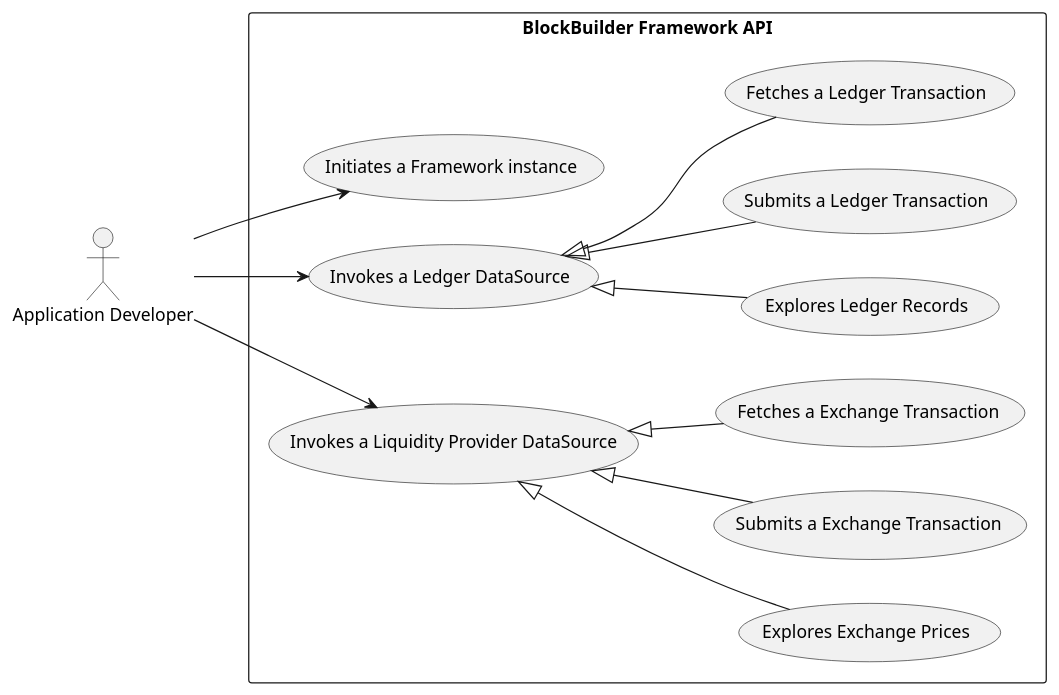
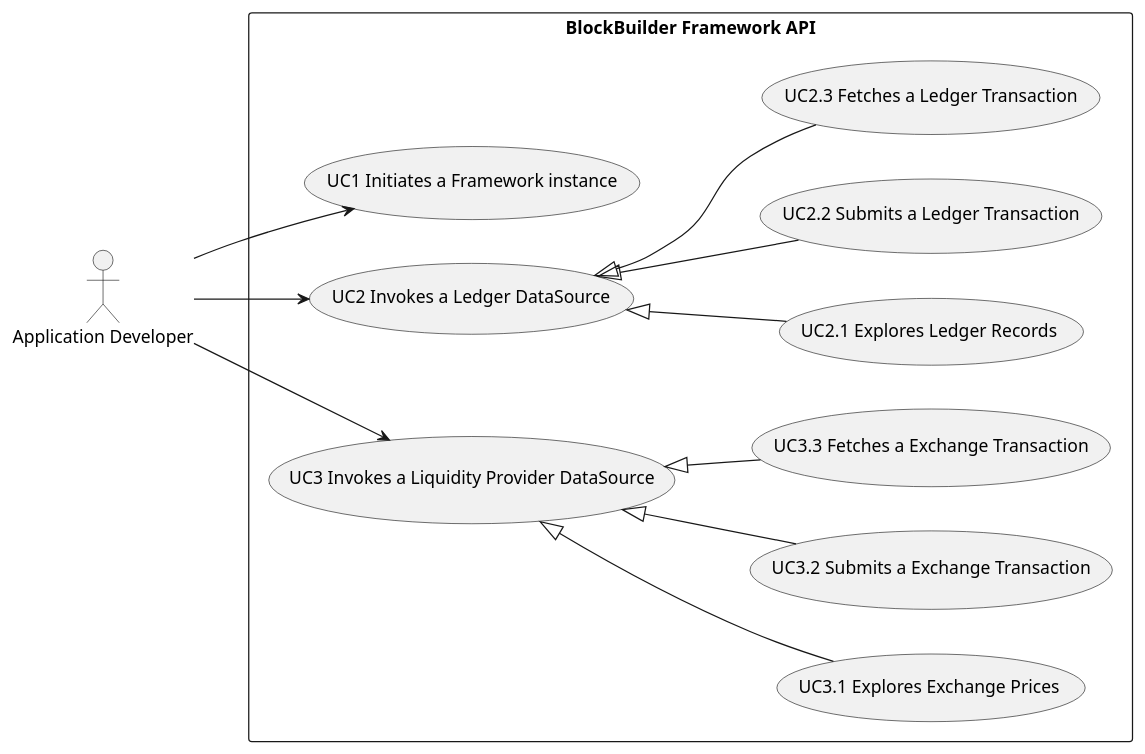
Before and after one commit to enricohomann/blockbuilder: the diagram in docs/draft/02 - Requirements/use-case-model/usecases.puml, drawn with PlantUML. The commit also changed 1 other file, not shown here.

```diff
--- a/docs/draft/02 - Requirements/use-case-model/usecases.puml
+++ b/docs/draft/02 - Requirements/use-case-model/usecases.puml
@@ -1,39 +1,39 @@
 @startuml
 'https://plantuml.com/use-case-diagram
 
 left to right direction
 
 actor "Application Developer" as actorUser
 
 rectangle "BlockBuilder Framework API" {
 ' UC1
-  usecase "Initiates a Framework instance" as UC1
+  usecase "UC1 Initiates a Framework instance" as UC1
 
 ' UC2
-  usecase "Invokes a Ledger DataSource" as UC2
-  usecase "Explores Ledger Records" as UC2.1
-  usecase "Submits a Ledger Transaction" as UC2.2
-  usecase "Fetches a Ledger Transaction" as UC2.3
+  usecase "UC2 Invokes a Ledger DataSource" as UC2
+  usecase "UC2.1 Explores Ledger Records" as UC2.1
+  usecase "UC2.2 Submits a Ledger Transaction" as UC2.2
+  usecase "UC2.3 Fetches a Ledger Transaction" as UC2.3
 
 'UC3
-  usecase "Invokes a Liquidity Provider DataSource" as UC3
-  usecase "Explores Exchange Prices" as UC3.1
-  usecase "Submits a Exchange Transaction" as UC3.2
-  usecase "Fetches a Exchange Transaction" as UC3.3
+  usecase "UC3 Invokes a Liquidity Provider DataSource" as UC3
+  usecase "UC3.1 Explores Exchange Prices" as UC3.1
+  usecase "UC3.2 Submits a Exchange Transaction" as UC3.2
+  usecase "UC3.3 Fetches a Exchange Transaction" as UC3.3
 
 ' UC2 extensions
   UC2 <|-- UC2.1
   UC2 <|-- UC2.2
   UC2 <|-- UC2.3
 
 ' UC3 extensions
   UC3 <|-- UC3.1
   UC3 <|-- UC3.2
   UC3 <|-- UC3.3
 
 }
 actorUser --> UC1
 actorUser --> UC2
 actorUser --> UC3
 
 @enduml
```
